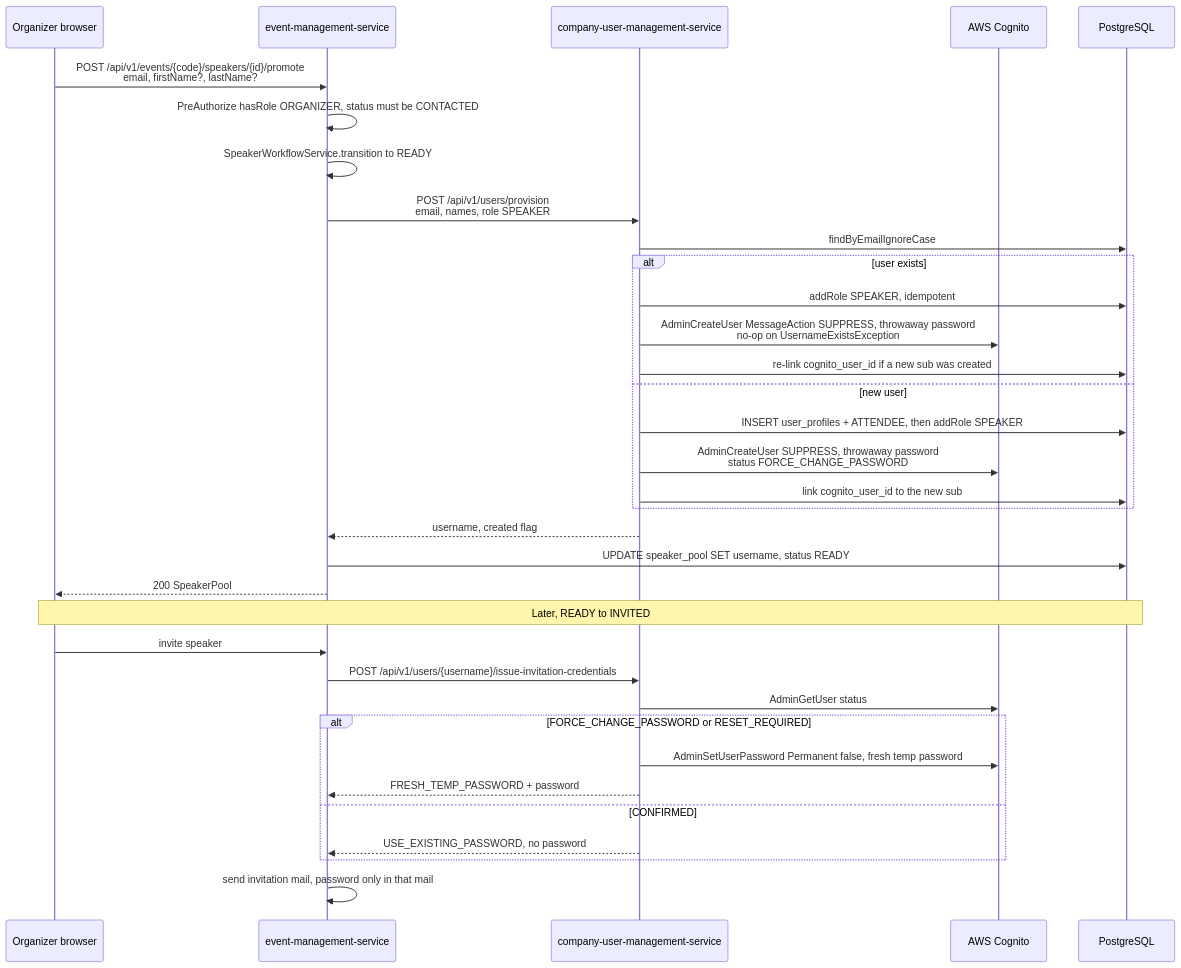
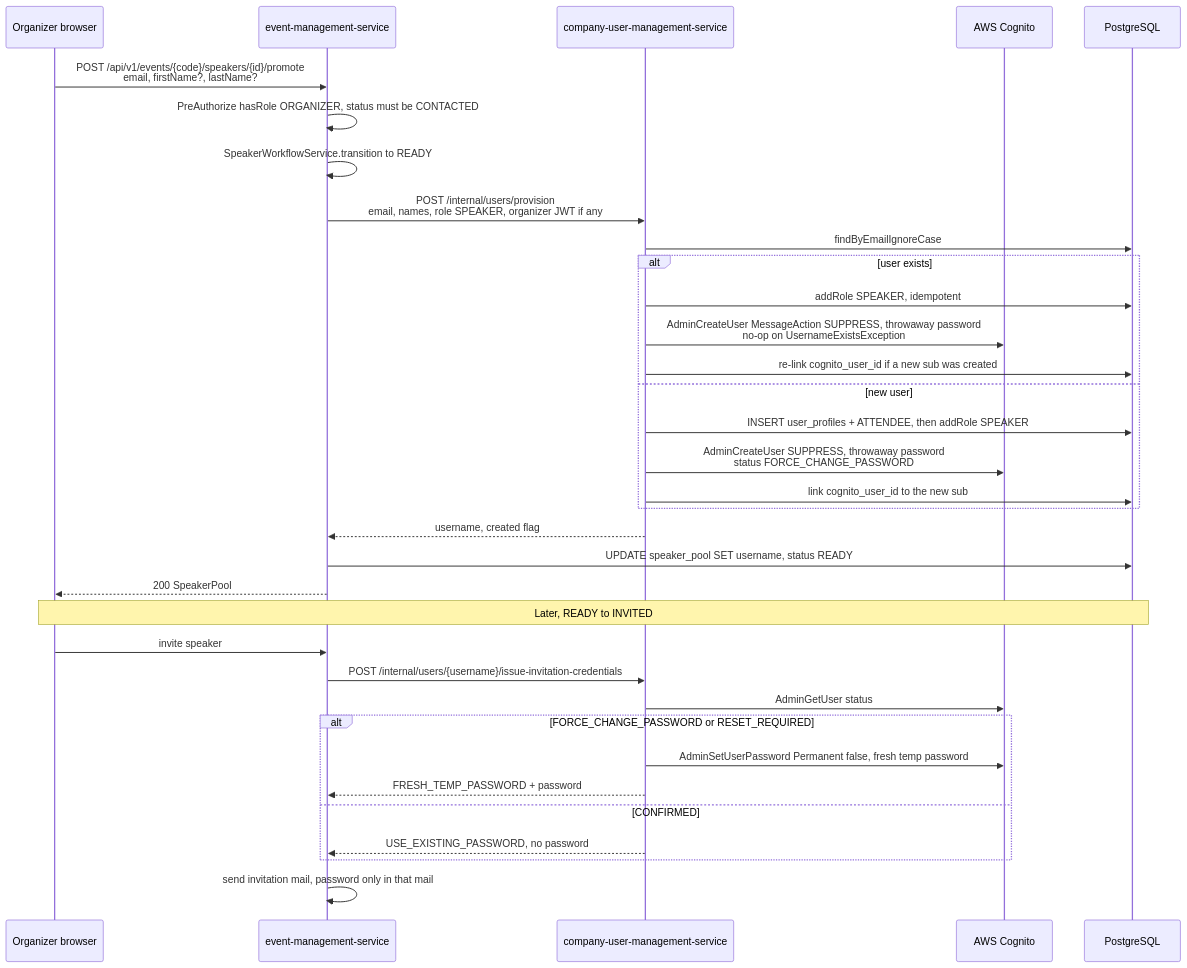
One commit to nissimbuchs/BATbern2 changed the third of 7 diagrams in docs/architecture/06b-user-lifecycle-sync.md. Above: the diagram before and after it, drawn with Mermaid. The commit also changed other lines of this file and 554 other files, not shown here.

````diff
--- a/docs/architecture/06b-user-lifecycle-sync.md
+++ b/docs/architecture/06b-user-lifecycle-sync.md
@@ -239,38 +239,38 @@
 ```mermaid
 sequenceDiagram
     participant Org as Organizer browser
     participant EMS as event-management-service
     participant CUMS as company-user-management-service
     participant Cognito as AWS Cognito
     participant DB as PostgreSQL
 
     Org->>EMS: POST /api/v1/events/{code}/speakers/{id}/promote<br/>email, firstName?, lastName?
     EMS->>EMS: PreAuthorize hasRole ORGANIZER, status must be CONTACTED
     EMS->>EMS: SpeakerWorkflowService.transition to READY
-    EMS->>CUMS: POST /api/v1/users/provision<br/>email, names, role SPEAKER
+    EMS->>CUMS: POST /internal/users/provision<br/>email, names, role SPEAKER, organizer JWT if any
     CUMS->>DB: findByEmailIgnoreCase
     alt user exists
         CUMS->>DB: addRole SPEAKER, idempotent
         CUMS->>Cognito: AdminCreateUser MessageAction SUPPRESS, throwaway password<br/>no-op on UsernameExistsException
         CUMS->>DB: re-link cognito_user_id if a new sub was created
     else new user
         CUMS->>DB: INSERT user_profiles + ATTENDEE, then addRole SPEAKER
         CUMS->>Cognito: AdminCreateUser SUPPRESS, throwaway password<br/>status FORCE_CHANGE_PASSWORD
         CUMS->>DB: link cognito_user_id to the new sub
     end
     CUMS-->>EMS: username, created flag
     EMS->>DB: UPDATE speaker_pool SET username, status READY
     EMS-->>Org: 200 SpeakerPool
 
     Note over Org,DB: Later, READY to INVITED
     Org->>EMS: invite speaker
-    EMS->>CUMS: POST /api/v1/users/{username}/issue-invitation-credentials
+    EMS->>CUMS: POST /internal/users/{username}/issue-invitation-credentials
     CUMS->>Cognito: AdminGetUser status
     alt FORCE_CHANGE_PASSWORD or RESET_REQUIRED
         CUMS->>Cognito: AdminSetUserPassword Permanent false, fresh temp password
         CUMS-->>EMS: FRESH_TEMP_PASSWORD + password
     else CONFIRMED
         CUMS-->>EMS: USE_EXISTING_PASSWORD, no password
     end
     EMS->>EMS: send invitation mail, password only in that mail
 ```
````
